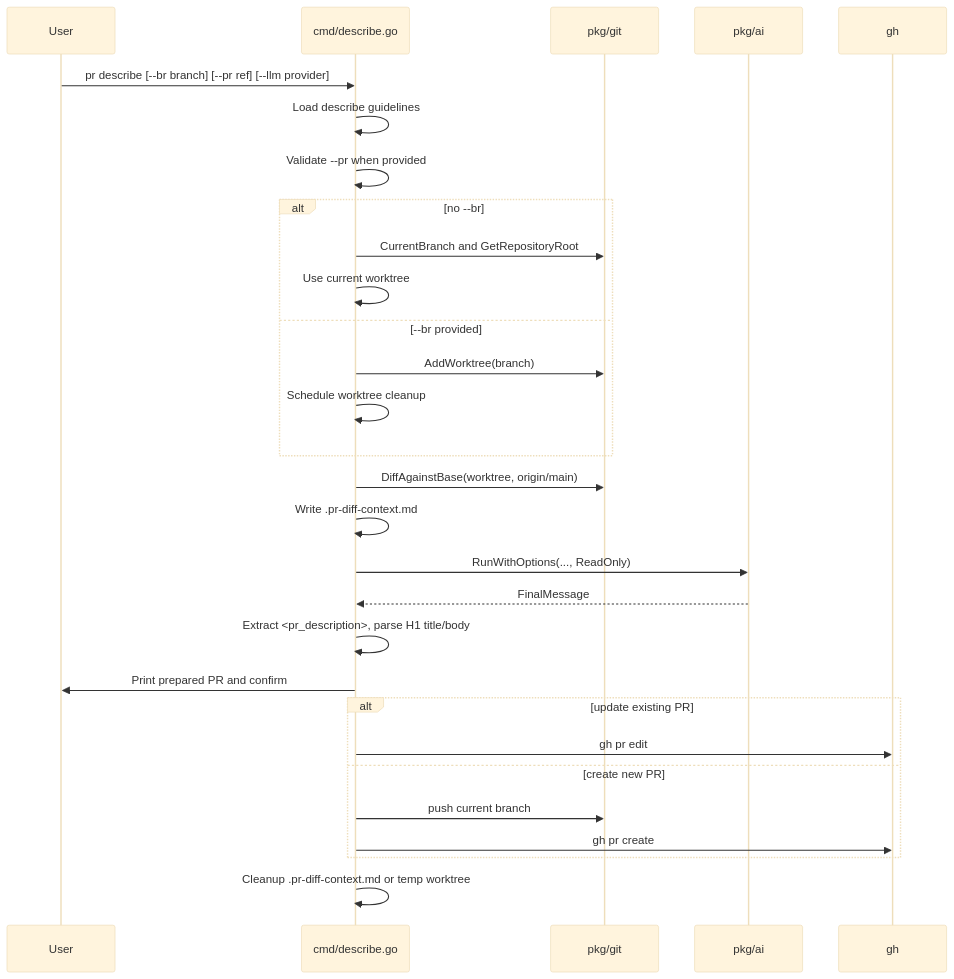
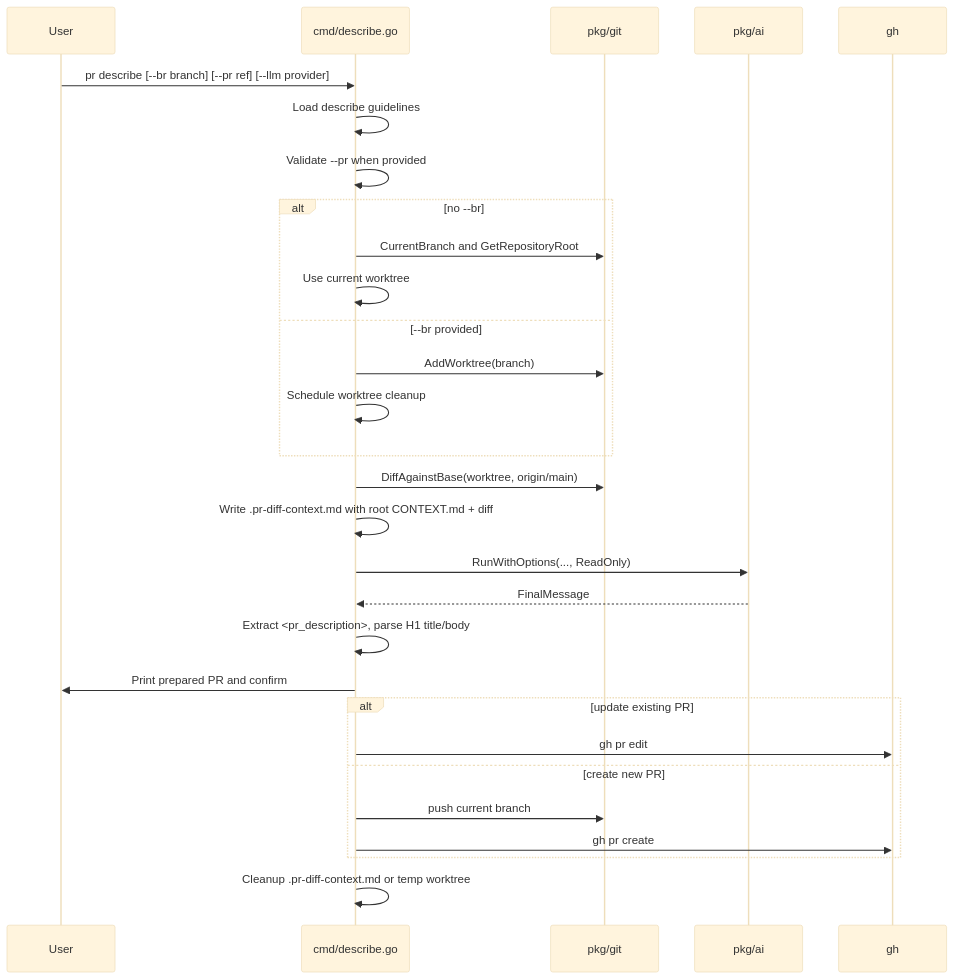
The third of 4 diagrams in CONTEXT.md (mpiorowski/prmate), drawn with Mermaid (base theme) before and after one commit. The commit also changed other lines of this file and 8 other files, not shown here.

````diff
--- a/CONTEXT.md
+++ b/CONTEXT.md
@@ -164,32 +164,32 @@
 ```mermaid
 sequenceDiagram
     participant U as User
     participant D as cmd/describe.go
     participant G as pkg/git
     participant A as pkg/ai
     participant GH as gh
 
     U->>D: pr describe [--br branch] [--pr ref] [--llm provider]
     D->>D: Load describe guidelines
     D->>D: Validate --pr when provided
     alt no --br
         D->>G: CurrentBranch and GetRepositoryRoot
         D->>D: Use current worktree
     else --br provided
         D->>G: AddWorktree(branch)
         D->>D: Schedule worktree cleanup
     end
     D->>G: DiffAgainstBase(worktree, origin/main)
-    D->>D: Write .pr-diff-context.md
+    D->>D: Write .pr-diff-context.md with root CONTEXT.md + diff
     D->>A: RunWithOptions(..., ReadOnly)
     A-->>D: FinalMessage
     D->>D: Extract <pr_description>, parse H1 title/body
     D->>U: Print prepared PR and confirm
     alt update existing PR
         D->>GH: gh pr edit
     else create new PR
         D->>G: push current branch
         D->>GH: gh pr create
     end
     D->>D: Cleanup .pr-diff-context.md or temp worktree
 ```
````
